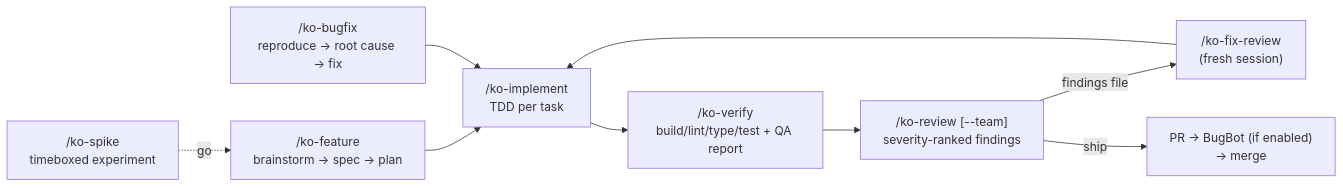
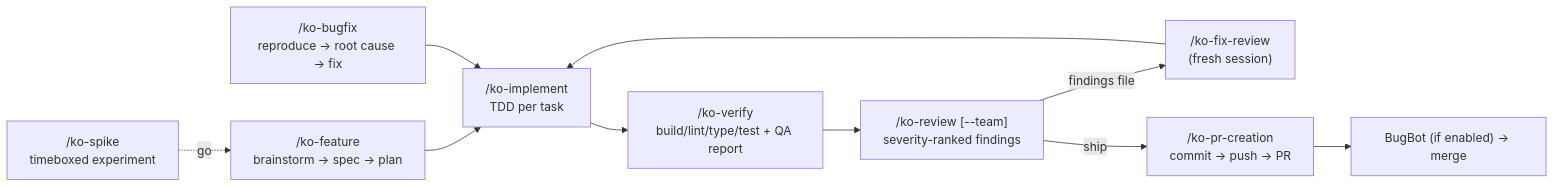
The diagram in README.md (Richardxugit/ko-dev-kit), drawn with Mermaid before and after one commit. The commit also changed other lines of this file and 13 other files, not shown here.

````diff
--- a/README.md
+++ b/README.md
@@ -176,11 +176,12 @@
 ```mermaid
 flowchart LR
     A["/ko-feature<br/>brainstorm → spec → plan"] --> B["/ko-implement<br/>TDD per task"]
     C["/ko-bugfix<br/>reproduce → root cause → fix"] --> B
     S["/ko-spike<br/>timeboxed experiment"] -.->|go| A
     B --> D["/ko-verify<br/>build/lint/type/test + QA report"]
     D --> E["/ko-review [--team]<br/>severity-ranked findings"]
     E -->|findings file| G["/ko-fix-review<br/>(fresh session)"]
     G --> B
-    E -->|ship| F["PR → BugBot (if enabled)<br/>→ merge"]
+    E -->|ship| F["/ko-pr-creation<br/>commit → push → PR"]
+    F --> H["BugBot (if enabled) → merge"]
 ```
````
